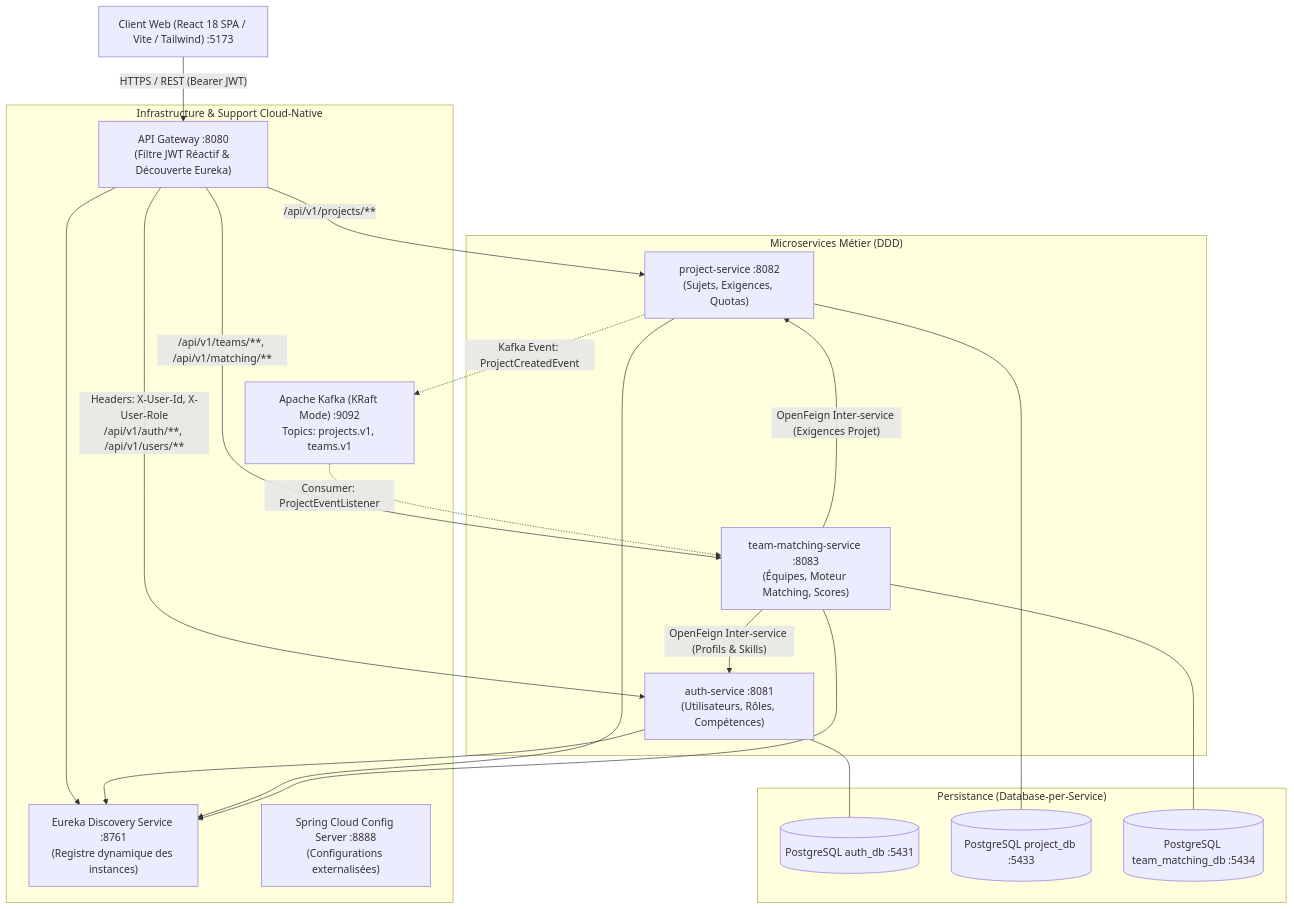
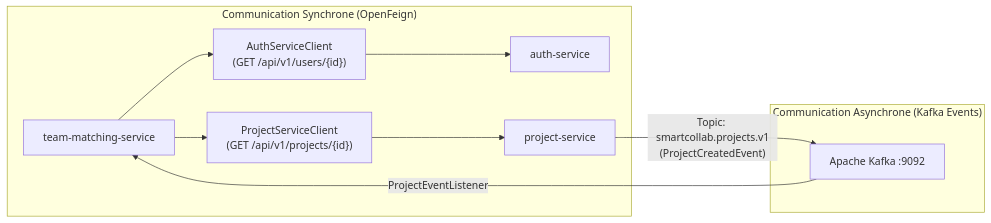
Before and after one commit to Arhrid-Hamza/SmartCollab: the diagram in README.md, drawn with Mermaid. The commit also changed other lines of this file, not shown here.

Commit message:
docs(backend): add dedicated backend microservices documentation and startup guide

````diff
--- a/README.md
+++ b/README.md
@@ -52,42 +71,16 @@
 ```mermaid
-flowchart TD
-    Client["Client Web (React 18 SPA / Vite / Tailwind) :5173"]
-
-    subgraph Infrastructure_Cloud["Infrastructure & Support Cloud-Native"]
-        Eureka["Eureka Discovery Service :8761\n(Registre dynamique des instances)"]
-        Config["Spring Cloud Config Server :8888\n(Configurations externalisées)"]
-        Gateway["API Gateway :8080\n(Filtre JWT Réactif & Découverte Eureka)"]
-        Kafka["Apache Kafka (KRaft Mode) :9092\nTopics: projects.v1, teams.v1"]
+flowchart LR
+    subgraph Synchronous["Communication Synchrone (OpenFeign)"]
+        MatchSvc["team-matching-service"]
+        AuthClient["AuthServiceClient\n(GET /api/v1/users/{id})"]
+        ProjClient["ProjectServiceClient\n(GET /api/v1/projects/{id})"]
+        
+        MatchSvc --> AuthClient --> AuthSvc["auth-service"]
+        MatchSvc --> ProjClient --> ProjSvc["project-service"]
     end
 
-    subgraph Microservices_Metier["Microservices Métier (DDD)"]
-        AuthSvc["auth-service :8081\n(Utilisateurs, Rôles, Compétences)"]
-        ProjSvc["project-service :8082\n(Sujets, Exigences, Quotas)"]
-        MatchSvc["team-matching-service :8083\n(Équipes, Moteur Matching, Scores)"]
+    subgraph Asynchronous["Communication Asynchrone (Kafka Events)"]
+        ProjSvc -->|"Topic: smartcollab.projects.v1\n(ProjectCreatedEvent)"| Kafka["Apache Kafka :9092"]
+        Kafka -->|"ProjectEventListener"| MatchSvc
     end
-
-    subgraph Bases_De_Donnees["Persistance (Database-per-Service)"]
-        AuthDB[("PostgreSQL auth_db :5431")]
-        ProjDB[("PostgreSQL project_db :5433")]
-        MatchDB[("PostgreSQL team_matching_db :5434")]
-    end
-
-    Client -->|"HTTPS / REST (Bearer JWT)"| Gateway
-    Gateway --> Eureka
-    AuthSvc --> Eureka
-    ProjSvc --> Eureka
-    MatchSvc --> Eureka
-
-    Gateway -->|"Headers: X-User-Id, X-User-Role\n/api/v1/auth/**, /api/v1/users/**"| AuthSvc
-    Gateway -->|"/api/v1/projects/**"| ProjSvc
-    Gateway -->|"/api/v1/teams/**, /api/v1/matching/**"| MatchSvc
-
-    AuthSvc --- AuthDB
-    ProjSvc --- ProjDB
-    MatchSvc --- MatchDB
-
-    ProjSvc -.->|"Kafka Event: ProjectCreatedEvent"| Kafka
-    Kafka -.->|"Consumer: ProjectEventListener"| MatchSvc
-    MatchSvc -->|"OpenFeign Inter-service (Profils & Skills)"| AuthSvc
-    MatchSvc -->|"OpenFeign Inter-service (Exigences Projet)"| ProjSvc
 ```
````
